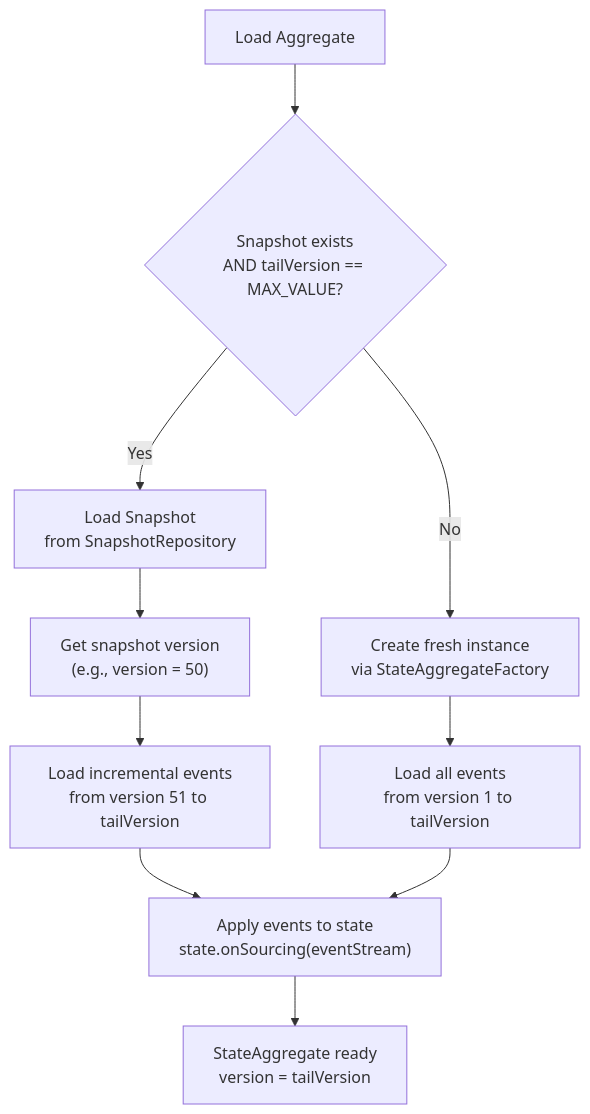
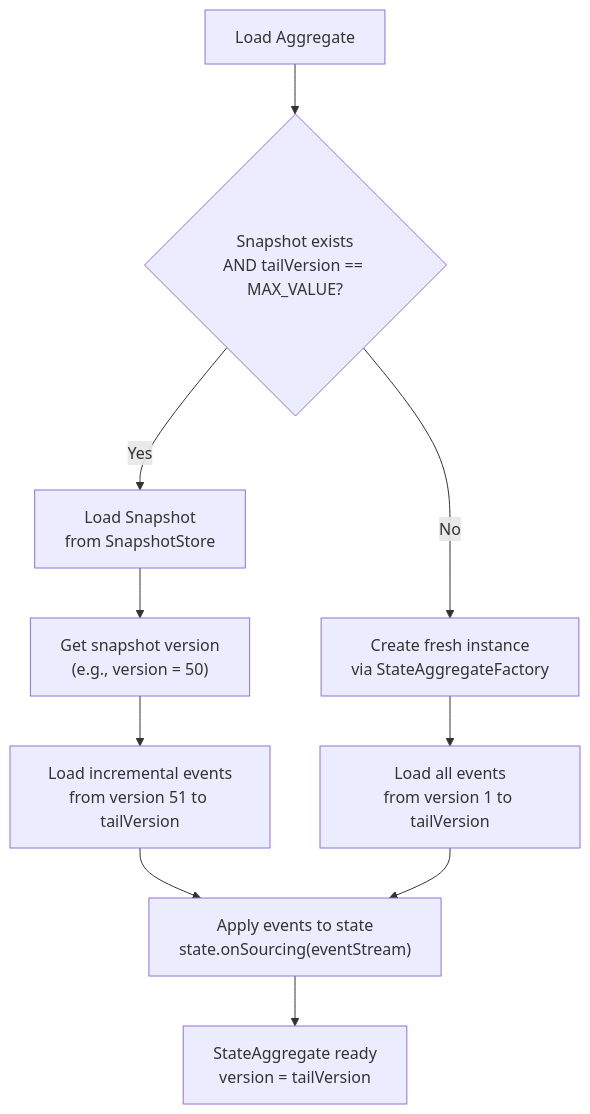
One commit to Ahoo-Wang/Wow changed the fourth of 4 diagrams in documentation/docs/en/guide/advanced/aggregate-lifecycle.md. Above: the diagram before and after it, drawn with Mermaid. The commit also changed other lines of this file and 36 other files, not shown here.

````diff
--- a/documentation/docs/en/guide/advanced/aggregate-lifecycle.md
+++ b/documentation/docs/en/guide/advanced/aggregate-lifecycle.md
@@ -431,13 +431,13 @@
 ```mermaid
 flowchart TD
     A["Load Aggregate"] --> B{"Snapshot exists<br>AND tailVersion == MAX_VALUE?"}
-    B -->|"Yes"| C["Load Snapshot<br>from SnapshotRepository"]
+    B -->|"Yes"| C["Load Snapshot<br>from SnapshotStore"]
     B -->|"No"| D["Create fresh instance<br>via StateAggregateFactory"]
     C --> E["Get snapshot version<br>(e.g., version = 50)"]
     E --> F["Load incremental events<br>from version 51 to tailVersion"]
     D --> G["Load all events<br>from version 1 to tailVersion"]
     F --> H["Apply events to state<br>state.onSourcing(eventStream)"]
     G --> H
     H --> I["StateAggregate ready<br>version = tailVersion"]
 
 ```
````
